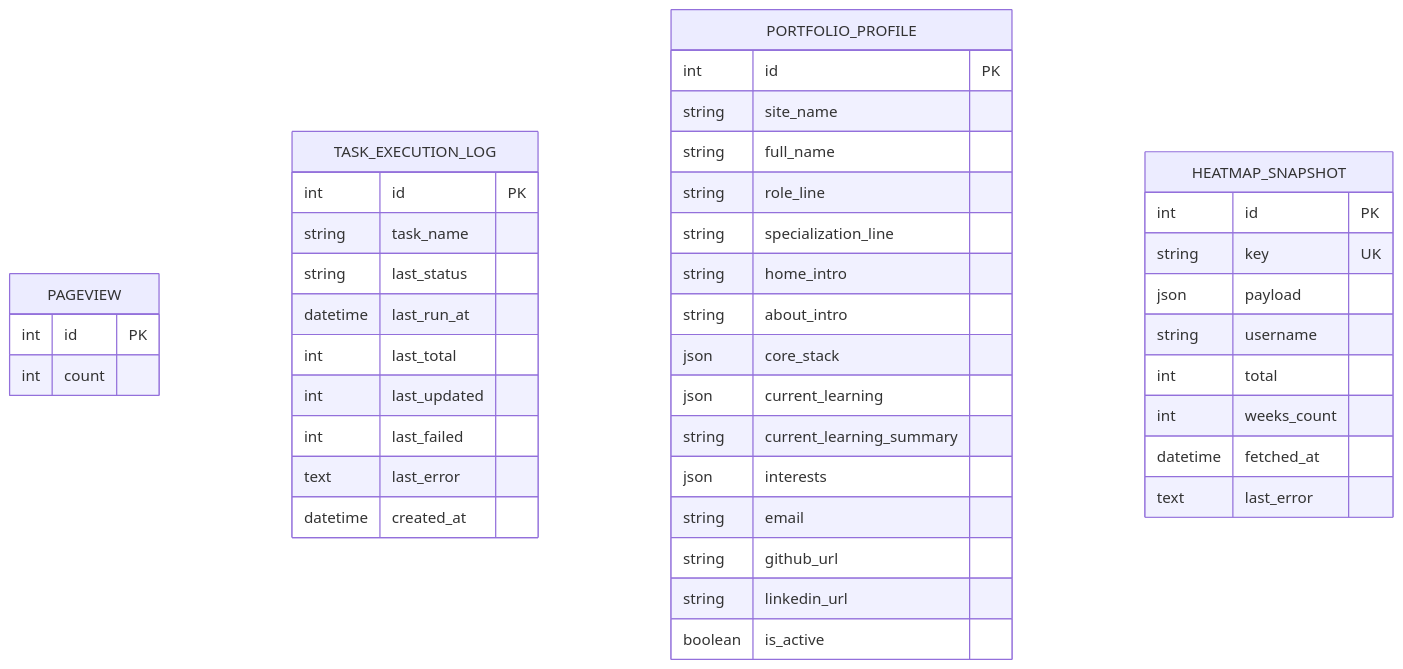
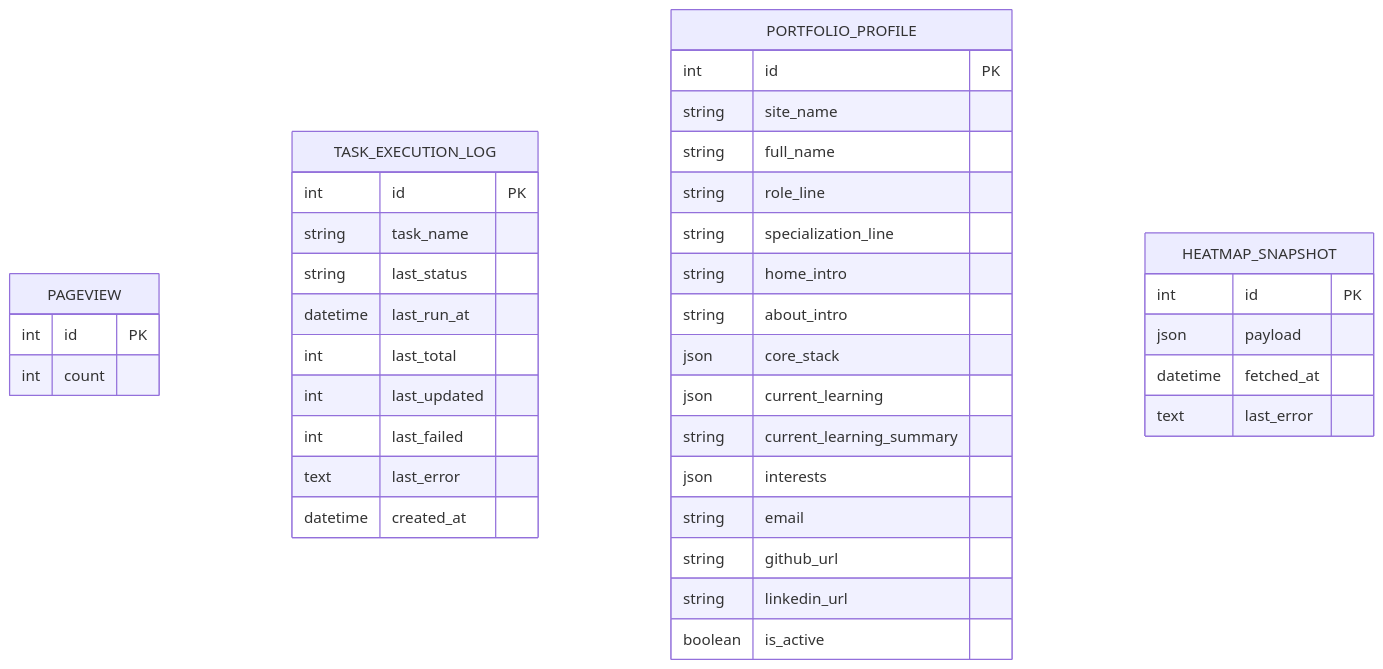
Before and after one commit to stokuj/my-django-portfolio: the second of 4 diagrams in docs/architecture.md, drawn with Mermaid. The commit also changed 10 other files, not shown here.

````diff
--- a/docs/architecture.md
+++ b/docs/architecture.md
@@ -43,48 +43,44 @@
 ```mermaid
 erDiagram
     PAGEVIEW {
         int id PK
         int count
     }
 
     TASK_EXECUTION_LOG {
         int id PK
         string task_name
         string last_status
         datetime last_run_at
         int last_total
         int last_updated
         int last_failed
         text last_error
         datetime created_at
     }
 
     PORTFOLIO_PROFILE {
         int id PK
         string site_name
         string full_name
         string role_line
         string specialization_line
         string home_intro
         string about_intro
         json core_stack
         json current_learning
         string current_learning_summary
         json interests
         string email
         string github_url
         string linkedin_url
         boolean is_active
     }
 
     HEATMAP_SNAPSHOT {
         int id PK
-        string key UK
         json payload
-        string username
-        int total
-        int weeks_count
         datetime fetched_at
         text last_error
     }
 ```
````
